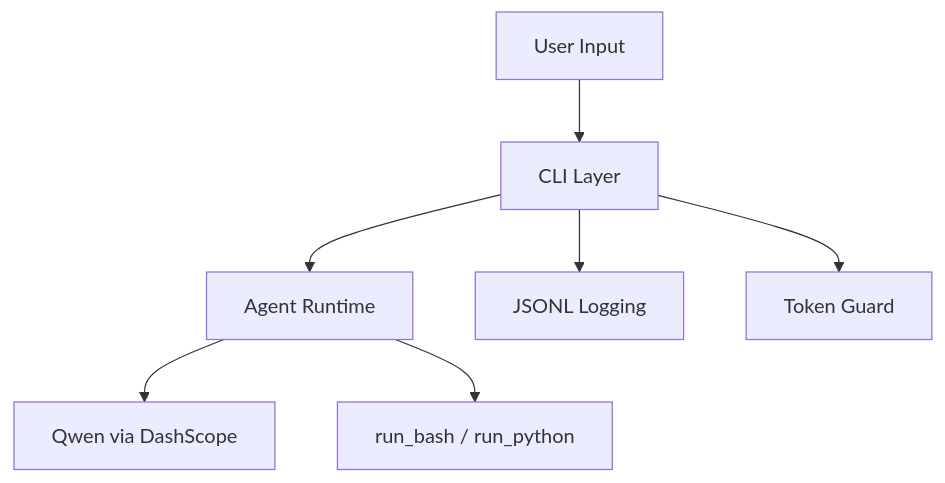
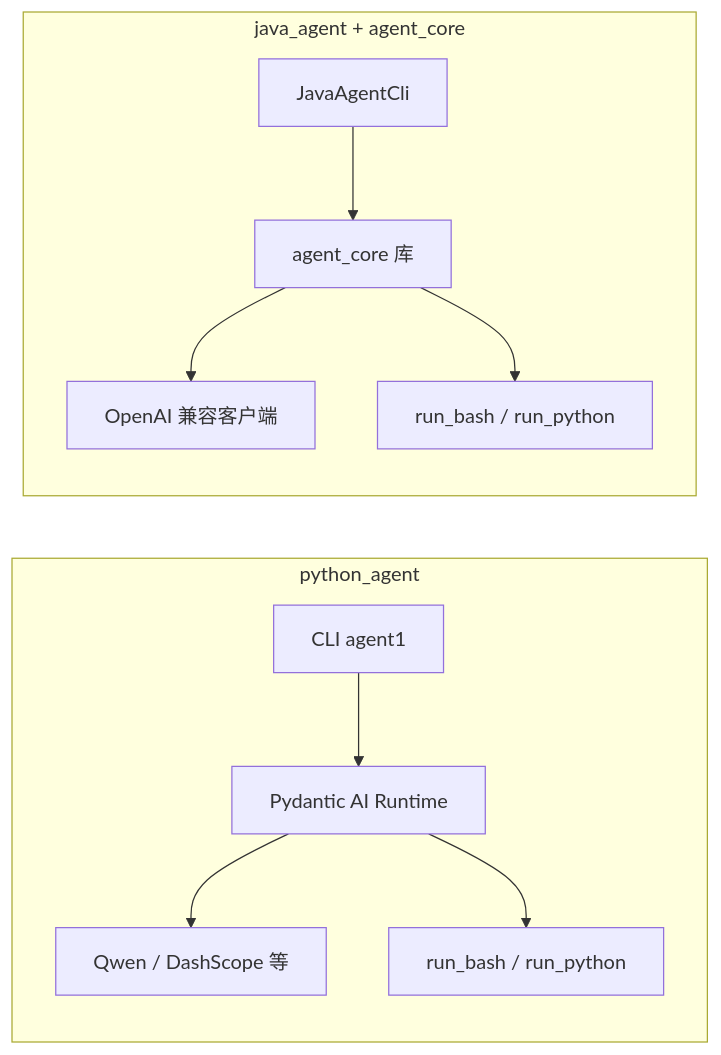
The diagram in README.md (fengshihao/agent1), drawn with Mermaid before and after one commit. The commit also changed other lines of this file, not shown here.

First line of the commit message:
docs: expand README with module roles, feature scope, and roadmap

````diff
--- a/README.md
+++ b/README.md
@@ -139,9 +168,18 @@
 ```mermaid
-flowchart TB
-    User[User Input] --> CLI[CLI Layer]
-    CLI --> Agent[Agent Runtime]
-    Agent --> Model[Qwen via DashScope]
-    Agent --> Tools[run_bash / run_python]
-    CLI --> Logs[JSONL Logging]
-    CLI --> Usage[Token Guard]
+flowchart LR
+  subgraph Python["python_agent"]
+    PCLI[CLI agent1]
+    PAgent[Pydantic AI Runtime]
+    PCLI --> PAgent
+    PAgent --> PLLM[Qwen / DashScope 等]
+    PAgent --> PTools[run_bash / run_python]
+  end
+
+  subgraph Java["java_agent + agent_core"]
+    JCLI[JavaAgentCli]
+    JCore[agent_core 库]
+    JCLI --> JCore
+    JCore --> JLLM[OpenAI 兼容客户端]
+    JCore --> JTools[run_bash / run_python]
+  end
 ```
````
